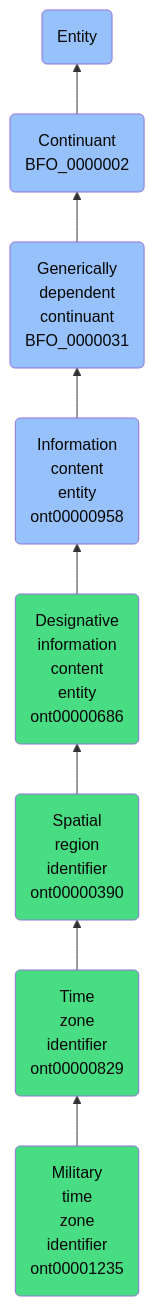
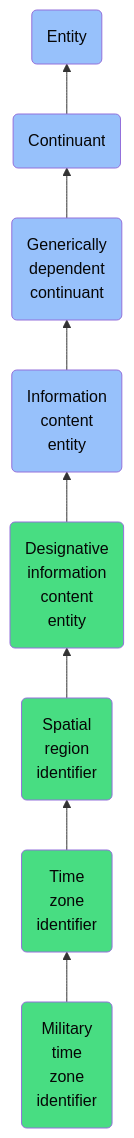
The diagram in docs/ontology/reference/model/Entity/Continuant/Generically dependent continuant/Information content entity/Designative information content entity/Spatial region identifier/Time zone identifier/Military time zone identifier/Military time zone identifier.md (jupyter-naas/abi), drawn with Mermaid before and after one commit. The commit also changed other lines of this file and 1430 other files, not shown here.

````diff
--- a/docs/ontology/reference/model/Entity/Continuant/Generically dependent continuant/Information content entity/Designative information content entity/Spatial region identifier/Time zone identifier/Military time zone identifier/Military time zone identifier.md
+++ b/docs/ontology/reference/model/Entity/Continuant/Generically dependent continuant/Information content entity/Designative information content entity/Spatial region identifier/Time zone identifier/Military time zone identifier/Military time zone identifier.md
@@ -24,15 +24,15 @@
 ```mermaid
 graph BT
-    ont00001235(Military<br>time<br>zone<br>identifier<br>ont00001235):::ABI-->ont00000829
-    ont00000829(Time<br>zone<br>identifier<br>ont00000829):::ABI-->ont00000390
-    ont00000390(Spatial<br>region<br>identifier<br>ont00000390):::ABI-->ont00000686
-    ont00000686(Designative<br>information<br>content<br>entity<br>ont00000686):::ABI-->ont00000958
-    ont00000958(Information<br>content<br>entity<br>ont00000958):::BFO-->BFO_0000031
-    BFO_0000031(Generically<br>dependent<br>continuant<br>BFO_0000031):::BFO-->BFO_0000002
-    BFO_0000002(Continuant<br>BFO_0000002):::BFO-->BFO_0000001
+    ont00001235(Military<br>time<br>zone<br>identifier):::ABI-->ont00000829
+    ont00000829(Time<br>zone<br>identifier):::ABI-->ont00000390
+    ont00000390(Spatial<br>region<br>identifier):::ABI-->ont00000686
+    ont00000686(Designative<br>information<br>content<br>entity):::ABI-->ont00000958
+    ont00000958(Information<br>content<br>entity):::BFO-->BFO_0000031
+    BFO_0000031(Generically<br>dependent<br>continuant):::BFO-->BFO_0000002
+    BFO_0000002(Continuant):::BFO-->BFO_0000001
     BFO_0000001(Entity):::BFO
     
     classDef BFO fill:#97c1fb,color:#060606
     classDef CCO fill:#e4c51e,color:#060606
     classDef ABI fill:#48DD82,color:#060606
 ```
````
